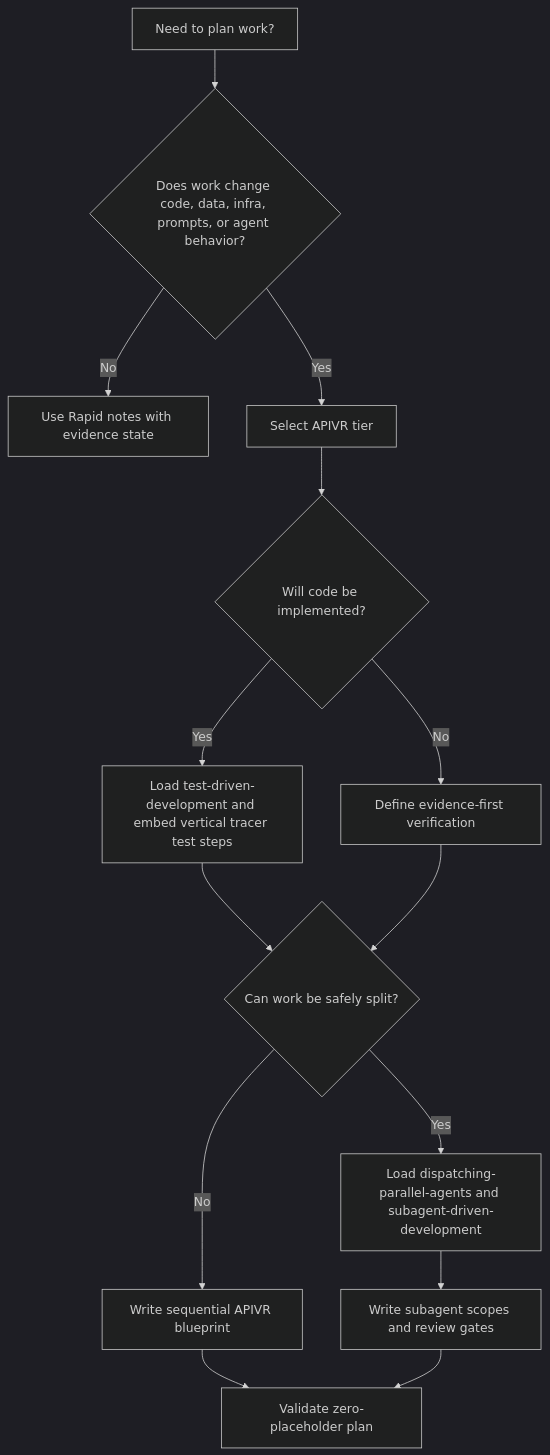
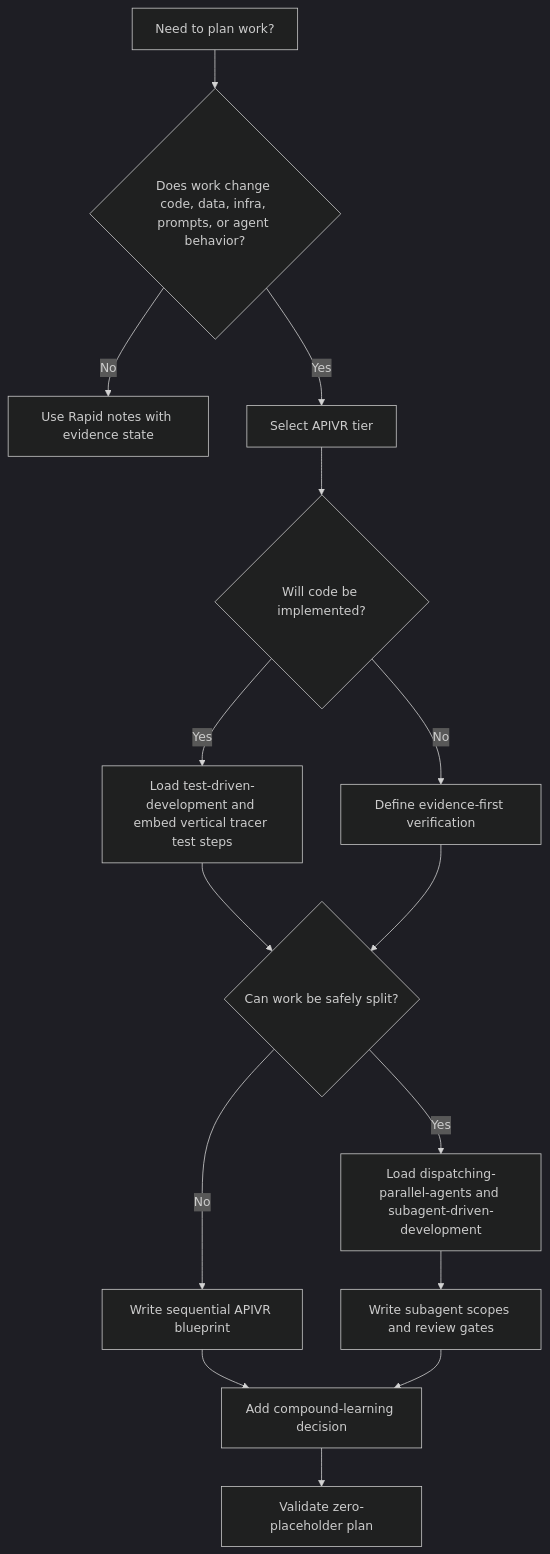
One commit to wfprieto/wcbs-build-kit changed the diagram in skills/writing-plans/SKILL.md. Above: the diagram before and after it, drawn with Mermaid (dark theme). The commit also changed other lines of this file and 16 other files, not shown here.

````diff
--- a/skills/writing-plans/SKILL.md
+++ b/skills/writing-plans/SKILL.md
@@ -41,16 +43,17 @@
 ```mermaid
 flowchart TD
   A["Need to plan work?"] --> B{"Does work change code, data, infra, prompts, or agent behavior?"}
   B -- "No" --> C["Use Rapid notes with evidence state"]
   B -- "Yes" --> D["Select APIVR tier"]
   D --> E{"Will code be implemented?"}
   E -- "Yes" --> F["Load test-driven-development and embed vertical tracer test steps"]
   E -- "No" --> G["Define evidence-first verification"]
   F --> H{"Can work be safely split?"}
   G --> H
   H -- "Yes" --> I["Load dispatching-parallel-agents and subagent-driven-development"]
   H -- "No" --> J["Write sequential APIVR blueprint"]
   I --> K["Write subagent scopes and review gates"]
-  J --> L["Validate zero-placeholder plan"]
+  J --> L["Add compound-learning decision"]
   K --> L
+  L --> M["Validate zero-placeholder plan"]
 ```
````
